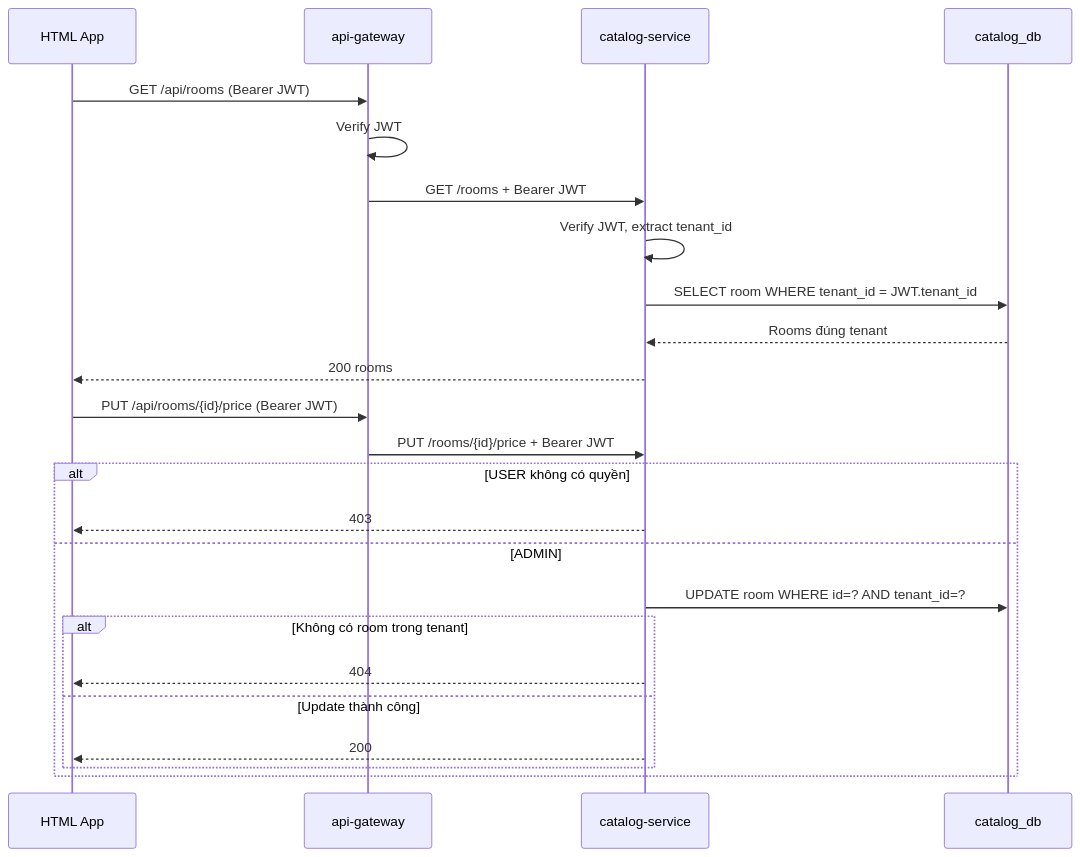
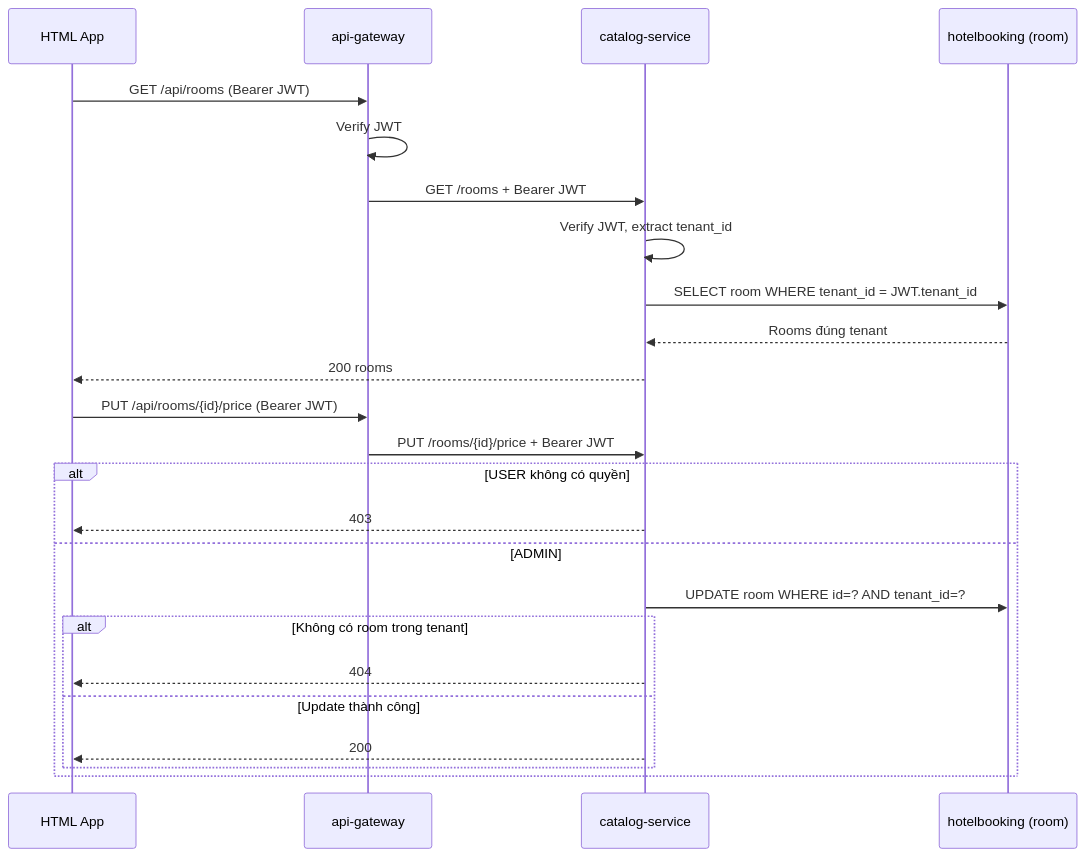
The second of 3 diagrams in docs/iam-google-sso-demo-plan-v2.md (oabga/HotelBookingSystem), drawn with Mermaid before and after one commit. The commit also changed other lines of this file and 21 other files, not shown here.

Commit message:
feat: fix plan and add erd design

````diff
--- a/docs/iam-google-sso-demo-plan-v2.md
+++ b/docs/iam-google-sso-demo-plan-v2.md
@@ -424,28 +435,28 @@
 ```mermaid
 sequenceDiagram
     participant UI as HTML App
     participant Gateway as api-gateway
     participant Catalog as catalog-service
-    participant DB as catalog_db
+    participant DB as hotelbooking (room)
 
     UI->>Gateway: GET /api/rooms (Bearer JWT)
     Gateway->>Gateway: Verify JWT
     Gateway->>Catalog: GET /rooms + Bearer JWT
     Catalog->>Catalog: Verify JWT, extract tenant_id
     Catalog->>DB: SELECT room WHERE tenant_id = JWT.tenant_id
     DB-->>Catalog: Rooms đúng tenant
     Catalog-->>UI: 200 rooms
 
     UI->>Gateway: PUT /api/rooms/{id}/price (Bearer JWT)
     Gateway->>Catalog: PUT /rooms/{id}/price + Bearer JWT
     alt USER không có quyền
         Catalog-->>UI: 403
     else ADMIN
         Catalog->>DB: UPDATE room WHERE id=? AND tenant_id=?
         alt Không có room trong tenant
             Catalog-->>UI: 404
         else Update thành công
             Catalog-->>UI: 200
         end
     end
 ```
````
